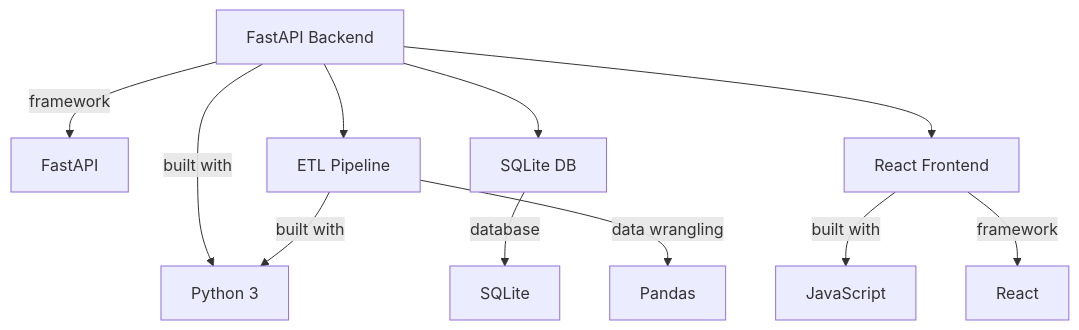
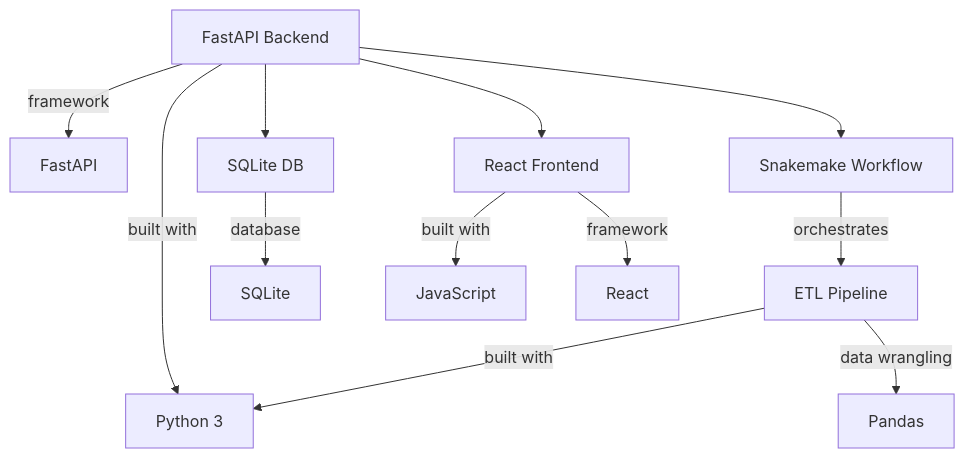
One commit to justin-mbca/genomic-etl-app changed the second of 2 diagrams in README.md. Above: the diagram before and after it, drawn with Mermaid. The commit also changed other lines of this file, not shown here.

Commit message:
Update diagrams to include Snakemake workflow manager

````diff
--- a/README.md
+++ b/README.md
@@ -16,13 +17,14 @@
 ```mermaid
 graph TD
-    FastAPI[FastAPI Backend] -->|built with| Python[Python 3]
-    FastAPI -->|framework| FastAPI_Lib[FastAPI]
-    ETL[ETL Pipeline] -->|built with| Python
-    ETL -->|data wrangling| Pandas[Pandas]
-    SQLite[SQLite DB] -->|database| SQLite_Lib[SQLite]
-    React[React Frontend] -->|built with| JS[JavaScript]
-    React -->|framework| React_Lib[React]
-    FastAPI --> SQLite
-    FastAPI --> ETL
-    FastAPI --> React
+  FastAPI[FastAPI Backend] -->|built with| Python[Python 3]
+  FastAPI -->|framework| FastAPI_Lib[FastAPI]
+  Snakemake[Snakemake Workflow] -->|orchestrates| ETL[ETL Pipeline]
+  ETL -->|built with| Python
+  ETL -->|data wrangling| Pandas[Pandas]
+  SQLite[SQLite DB] -->|database| SQLite_Lib[SQLite]
+  React[React Frontend] -->|built with| JS[JavaScript]
+  React -->|framework| React_Lib[React]
+  FastAPI --> SQLite
+  FastAPI --> Snakemake
+  FastAPI --> React
 ```
````
